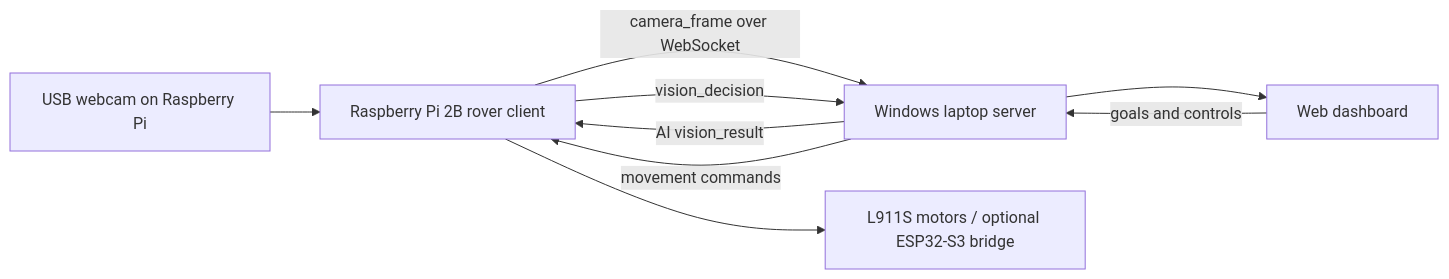
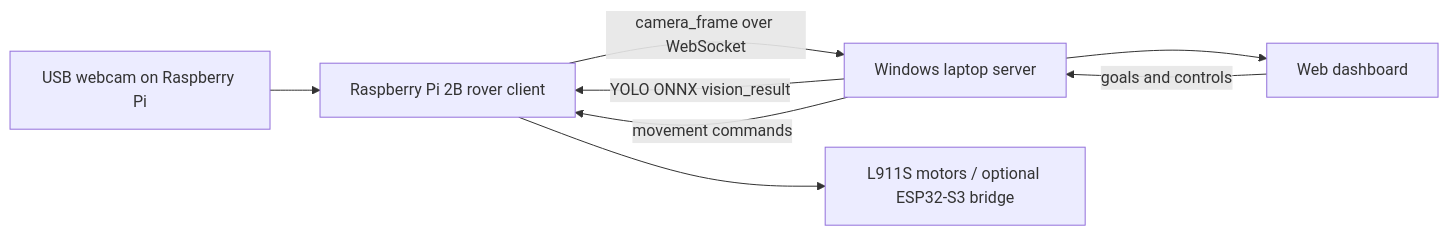
The diagram in README.md (Catkartikwastaken/Stasis), drawn with Mermaid before and after one commit. The commit also changed other lines of this file and 10 other files, not shown here.

Commit message:
Run object detection on Windows with YOLO ONNX

````diff
--- a/README.md
+++ b/README.md
@@ -21,11 +21,10 @@
 ```mermaid
 flowchart LR
     Camera["USB webcam on Raspberry Pi"] --> Pi["Raspberry Pi 2B rover client"]
     Pi -->|"camera_frame over WebSocket"| Server["Windows laptop server"]
-    Server -->|"AI vision_result"| Pi
-    Pi -->|"vision_decision"| Server
+    Server -->|"YOLO ONNX vision_result"| Pi
     Server --> Dashboard["Web dashboard"]
     Dashboard -->|"goals and controls"| Server
     Server -->|"movement commands"| Pi
     Pi --> Motors["L911S motors / optional ESP32-S3 bridge"]
 ```
````
